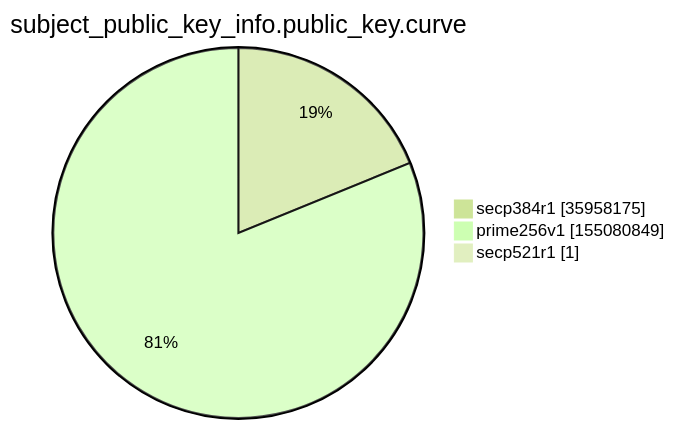
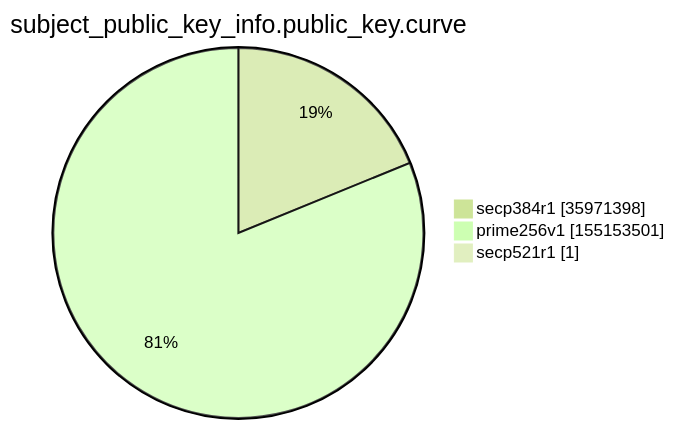
The ninth of 15 diagrams in argon2022/README.md (christiankrug/ctmonitor_visualization), drawn with Mermaid (forest theme) before and after one commit. The commit also changed other lines of this file, not shown here.

````diff
--- a/argon2022/README.md
+++ b/argon2022/README.md
@@ -2766,7 +2766,7 @@
 ```mermaid
 pie showData
 title subject_public_key_info.public_key.curve
-"secp384r1" :35958175
-"prime256v1" :155080849
+"secp384r1" :35971398
+"prime256v1" :155153501
 "secp521r1" :1
 ```
````
